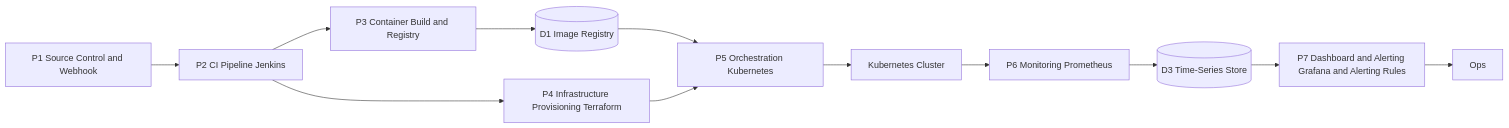
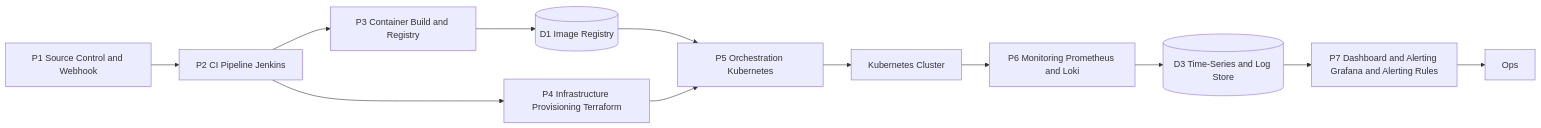
The second of 3 diagrams in docs/devops-architecture.md (harshchauhan01/SlugTerraAPI), drawn with Mermaid before and after one commit. The commit also changed other lines of this file and 3 other files, not shown here.

````diff
--- a/docs/devops-architecture.md
+++ b/docs/devops-architecture.md
@@ -24,14 +24,14 @@
 ```mermaid
 flowchart LR
     P1[P1 Source Control and Webhook] --> P2[P2 CI Pipeline Jenkins]
     P2 --> P3[P3 Container Build and Registry]
     P2 --> P4[P4 Infrastructure Provisioning Terraform]
     P3 --> D1[(D1 Image Registry)]
     D1 --> P5[P5 Orchestration Kubernetes]
     P4 --> P5
     P5 --> K8s[Kubernetes Cluster]
-    K8s --> P6[P6 Monitoring Prometheus]
-    P6 --> D3[(D3 Time-Series Store)]
+    K8s --> P6[P6 Monitoring Prometheus and Loki]
+    P6 --> D3[(D3 Time-Series and Log Store)]
     D3 --> P7[P7 Dashboard and Alerting Grafana and Alerting Rules]
     P7 --> Ops
 ```
````
